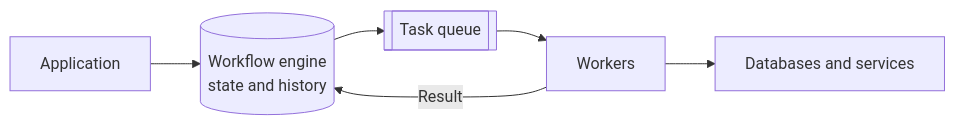
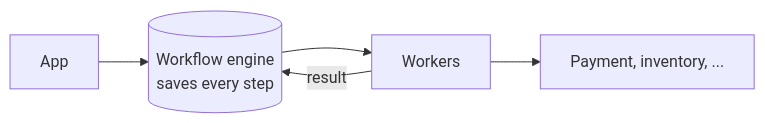
One commit to alanqi03/sys-design changed the second of 2 diagrams in multi-step-processes.md. Above: the diagram before and after it, drawn with Mermaid. The commit also changed other lines of this file and 6 other files, not shown here.

````diff
--- a/multi-step-processes.md
+++ b/multi-step-processes.md
@@ -117,8 +85,7 @@
 ```{mermaid}
 flowchart LR
-  app[Application] --> engine[(Workflow engine<br/>state and history)]
-  engine --> tasks[[Task queue]]
-  tasks --> workers[Workers]
-  workers --> services[Databases and services]
-  workers -->|Result| engine
+  app[App] --> engine[("Workflow engine<br/>saves every step")]
+  engine --> workers[Workers]
+  workers --> services[Payment, inventory, ...]
+  workers -->|result| engine
 ```
````
